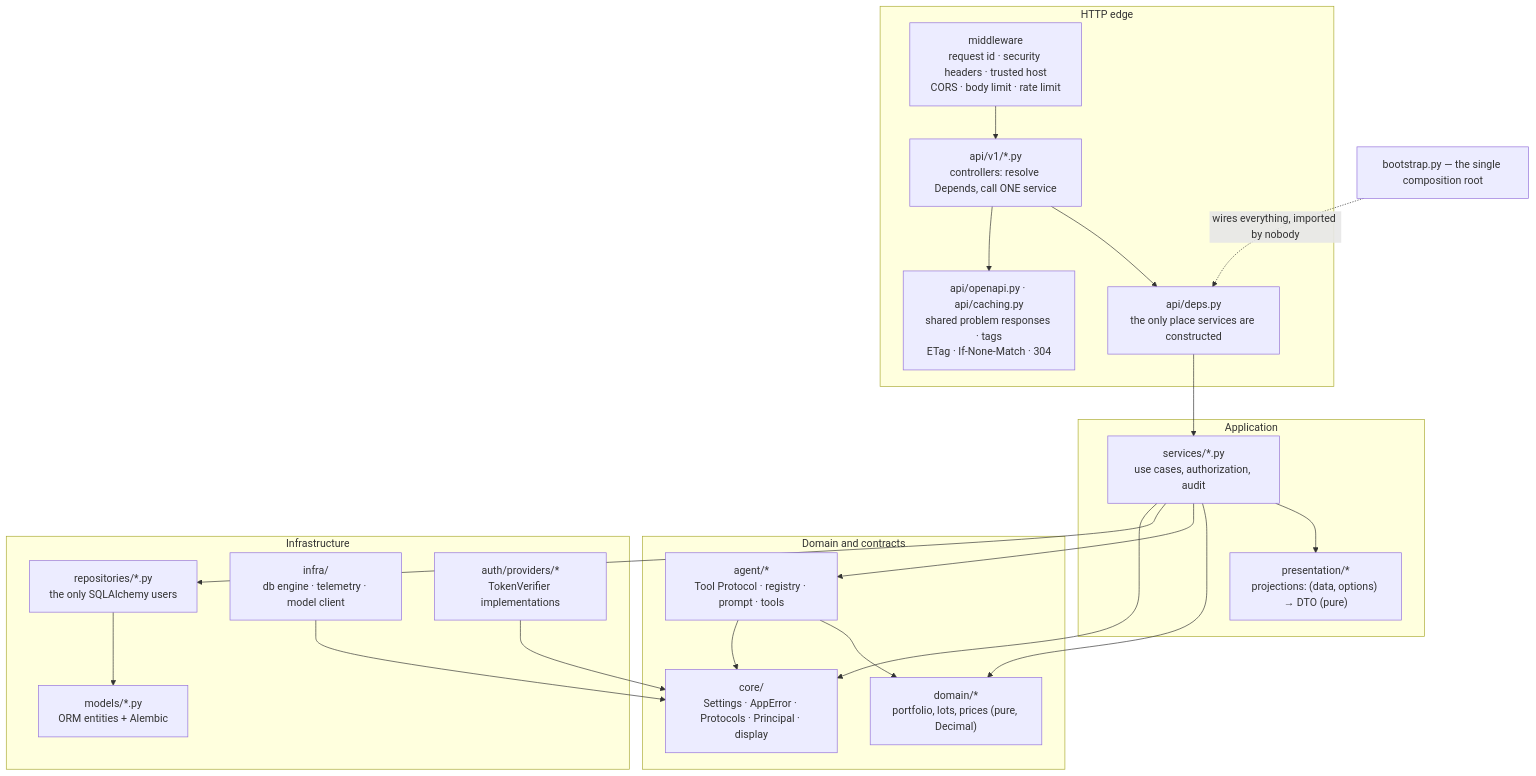
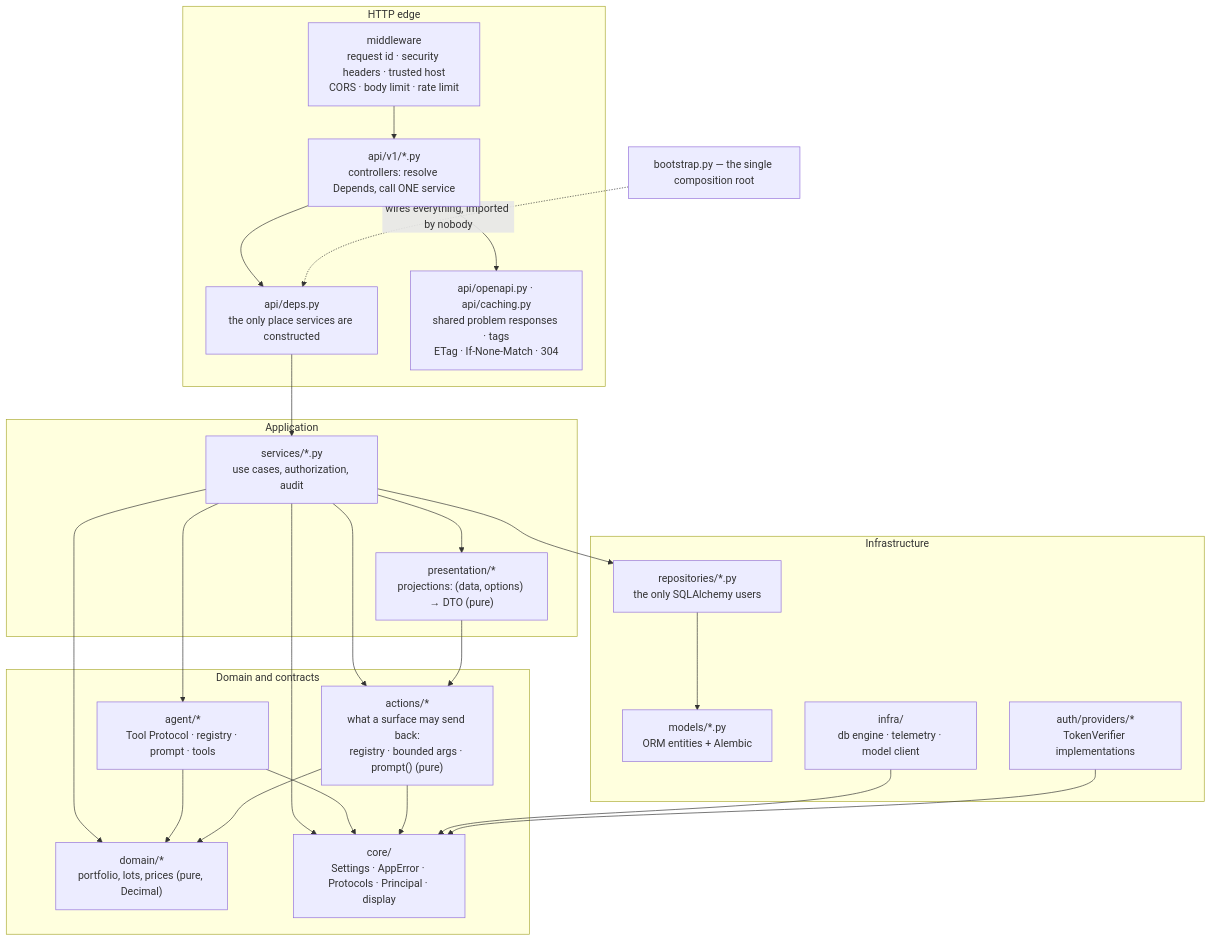
Before and after one commit to somnio-projects/finance-google-a2ui: the diagram in docs/diagrams/03-backend-layers.md, drawn with Mermaid. The commit also changed 1346 other files, not shown here.

````diff
--- a/docs/diagrams/03-backend-layers.md
+++ b/docs/diagrams/03-backend-layers.md
@@ -5,44 +5,54 @@
 ```mermaid
 flowchart TB
     subgraph http["HTTP edge"]
         mw["middleware<br/>request id · security headers · trusted host<br/>CORS · body limit · rate limit"]
         ctl["api/v1/*.py<br/>controllers: resolve Depends, call ONE service"]
         deps["api/deps.py<br/>the only place services are constructed"]
         oapi["api/openapi.py · api/caching.py<br/>shared problem responses · tags<br/>ETag · If-None-Match · 304"]
     end
     subgraph app["Application"]
         svc["services/*.py<br/>use cases, authorization, audit"]
         pres["presentation/*<br/>projections: (data, options) → DTO (pure)"]
     end
     subgraph core["Domain and contracts"]
         dom["domain/*<br/>portfolio, lots, prices (pure, Decimal)"]
         agt["agent/*<br/>Tool Protocol · registry · prompt · tools"]
-        cor["core/<br/>Settings · AppError · Protocols · Principal · display · trend"]
+        act["actions/*<br/>what a surface may send back:<br/>registry · bounded args · prompt() (pure)"]
         cor["core/<br/>Settings · AppError · Protocols · Principal · display"]
     end
     subgraph infra["Infrastructure"]
         repo["repositories/*.py<br/>the only SQLAlchemy users"]
         mdl["models/*.py<br/>ORM entities + Alembic"]
         adp["infra/<br/>db engine · telemetry · model client"]
         auth["auth/providers/*<br/>TokenVerifier implementations"]
     end
     boot["bootstrap.py — the single composition root"]
 
     mw --> ctl --> deps
     ctl --> oapi
     deps --> svc
     svc --> pres
     svc --> dom
     svc --> agt --> dom
+    svc --> act
+    pres --> act
     svc --> repo --> mdl
     svc --> cor
     agt --> cor
+    act --> cor
+    act --> dom
     adp --> cor
     auth --> cor
     boot -.->|"wires everything, imported by nobody"| deps
 
     %% Forbidden and checked in review: services importing FastAPI/SQLAlchemy,
     %% controllers importing repositories, presenters doing I/O.
     %% agent/ is an inner layer beside domain/: core + domain only, nothing
     %% outward — asserted over the parsed source by the boundary tests.
+    %% actions/ is a peer of presentation/, not a layer above it (spec 0022
+    %% OD-8). Two edges reach it and they mean different things:
+    %%   pres --> act  a projection imports the DECLARATION it publishes (pure)
+    %%   svc  --> act  a service DISPATCHES a validated action into a turn
+    %% The reverse (act --> pres) is forbidden and would be circular; the
+    %% actions boundary test asserts it over the parsed source.
 ```
````
